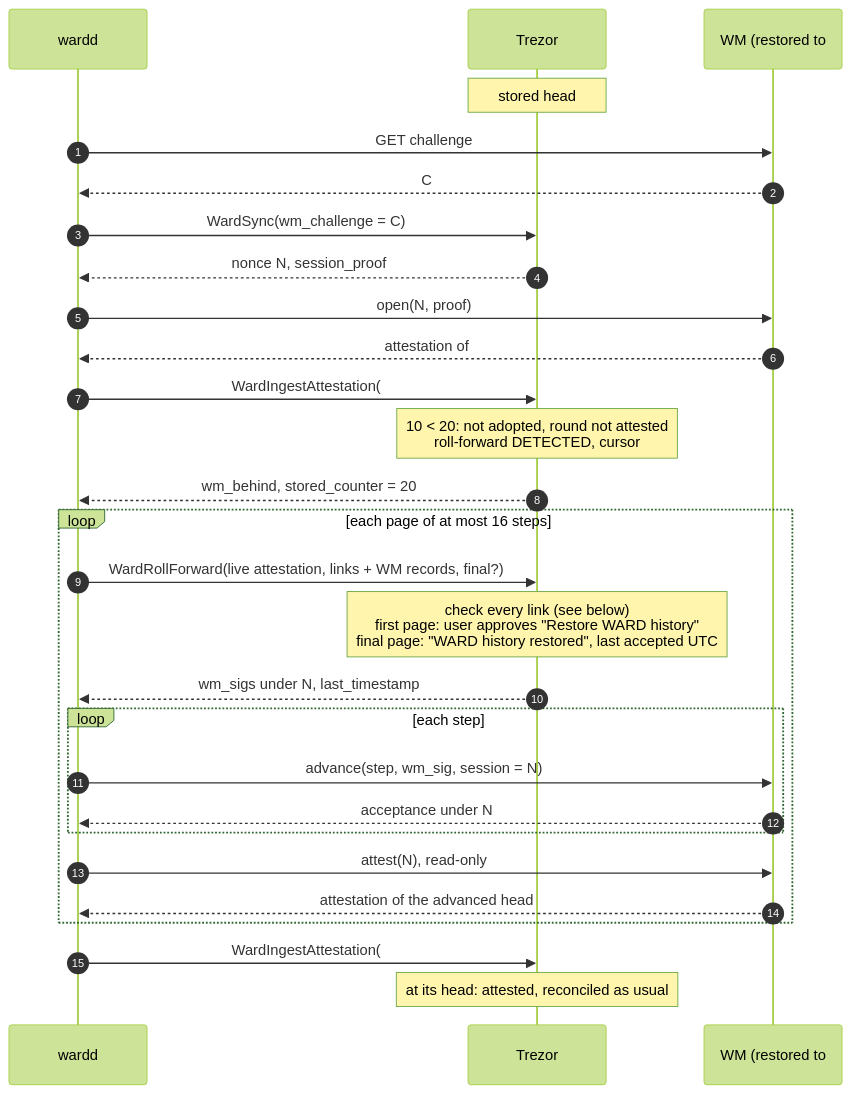
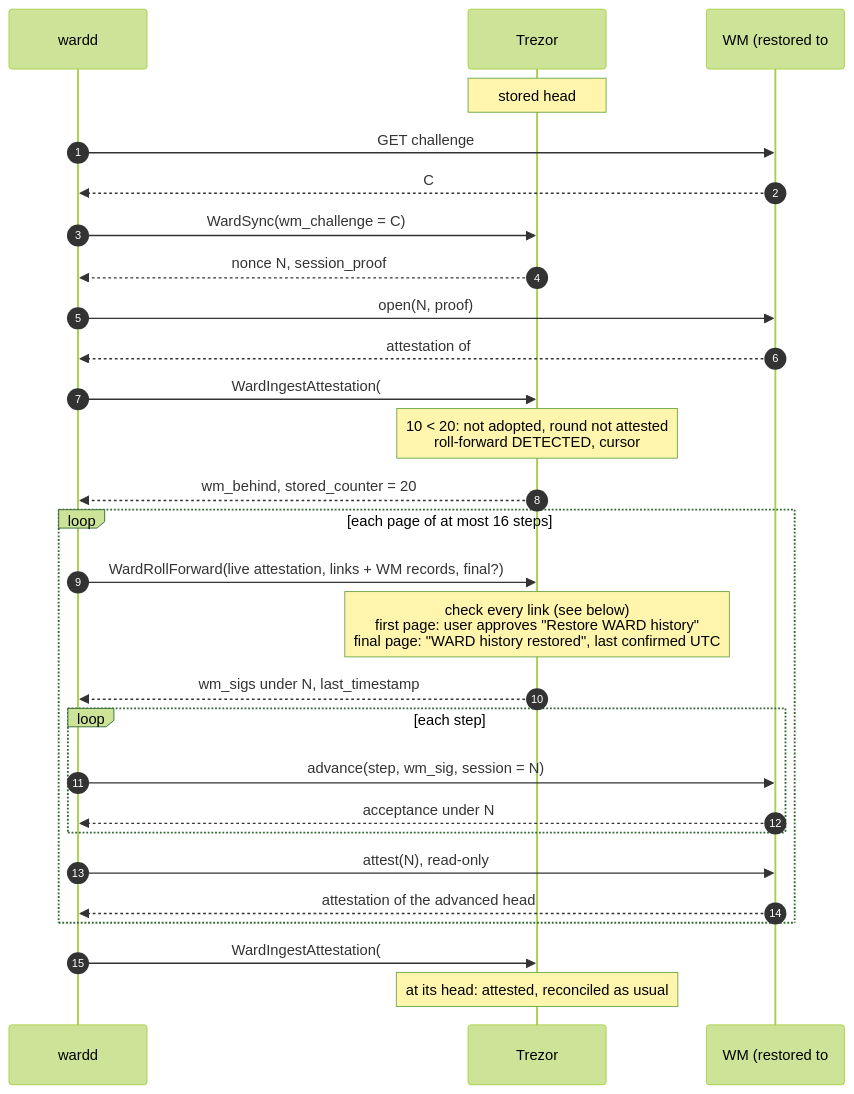
Before and after one commit to trezor/trezor-firmware: the fifth of 7 diagrams in docs/ward/ward_transitions.md, drawn with Mermaid (forest theme). The commit also changed other lines of this file and 7 other files, not shown here.

First line of the commit message:
docs(ward): WM keeps no time, predecessor check, session opening

````diff
--- a/docs/ward/ward_transitions.md
+++ b/docs/ward/ward_transitions.md
@@ -311,30 +327,30 @@
 ```mermaid
 sequenceDiagram
     autonumber
     participant W as wardd
     participant T as Trezor
     participant M as WM (restored to #10)
     Note over T: stored head #20
     W->>M: GET challenge
     M-->>W: C
     W->>T: WardSync(wm_challenge = C)
     T-->>W: nonce N, session_proof
     W->>M: open(N, proof)
     M-->>W: attestation of #10 under N
     W->>T: WardIngestAttestation(#10)
     Note over T: 10 < 20: not adopted, round not attested<br/>roll-forward DETECTED, cursor #10
     T-->>W: wm_behind, stored_counter = 20
     loop each page of at most 16 steps
         W->>T: WardRollForward(live attestation, links + WM records, final?)
-        Note over T: check every link (see below)<br/>first page: user approves "Restore WARD history"<br/>final page: "WARD history restored", last accepted UTC
+        Note over T: check every link (see below)<br/>first page: user approves "Restore WARD history"<br/>final page: "WARD history restored", last confirmed UTC
         T-->>W: wm_sigs under N, last_timestamp
         loop each step
             W->>M: advance(step, wm_sig, session = N)
             M-->>W: acceptance under N
         end
         W->>M: attest(N), read-only
         M-->>W: attestation of the advanced head
     end
     W->>T: WardIngestAttestation(#20)
     Note over T: at its head: attested, reconciled as usual
 ```
````
